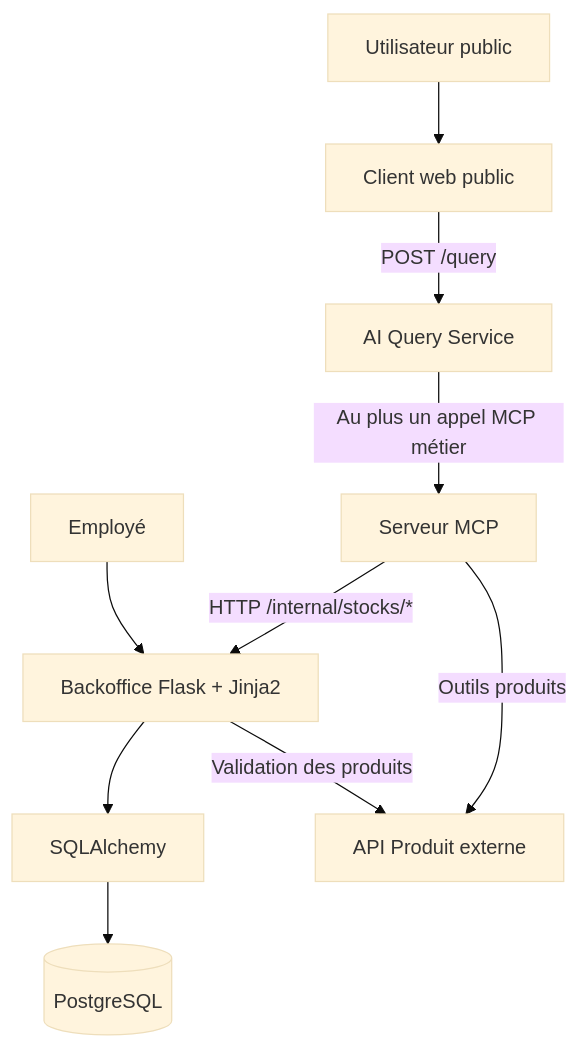
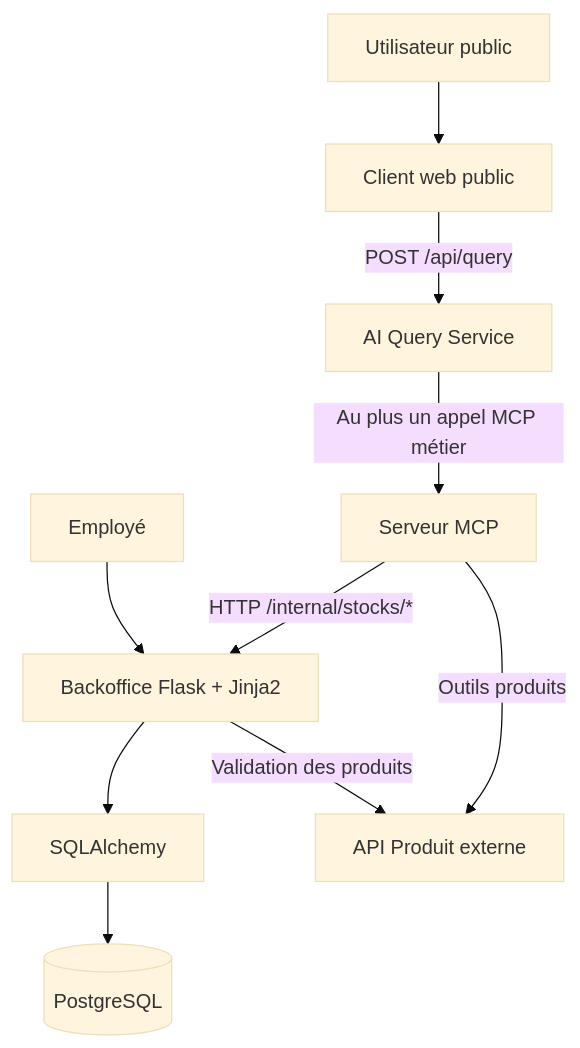
One commit to John-Natty/holbertonschool-hbntory changed the first of 2 diagrams in docs/architecture.md. Above: the diagram before and after it, drawn with Mermaid (base theme). The commit also changed other lines of this file and 16 other files, not shown here.

````diff
--- a/docs/architecture.md
+++ b/docs/architecture.md
@@ -300,27 +302,27 @@
 ```mermaid
 flowchart TB
     PublicUser[Utilisateur public]
     Client[Client web public]
     AIService[AI Query Service]
     MCP[Serveur MCP]
 
     Employee[Employé]
     Backoffice[Backoffice Flask + Jinja2]
     ORM[SQLAlchemy]
     Database[(PostgreSQL)]
 
     ProductAPI[API Produit externe]
 
     PublicUser --> Client
-    Client -->|POST /query| AIService
+    Client -->|POST /api/query| AIService
     AIService -->|Au plus un appel MCP métier| MCP
 
     MCP -->|Outils produits| ProductAPI
     MCP -->|HTTP /internal/stocks/*| Backoffice
 
     Employee --> Backoffice
     Backoffice --> ORM
     ORM --> Database
 
     Backoffice -->|Validation des produits| ProductAPI
 ```
````
